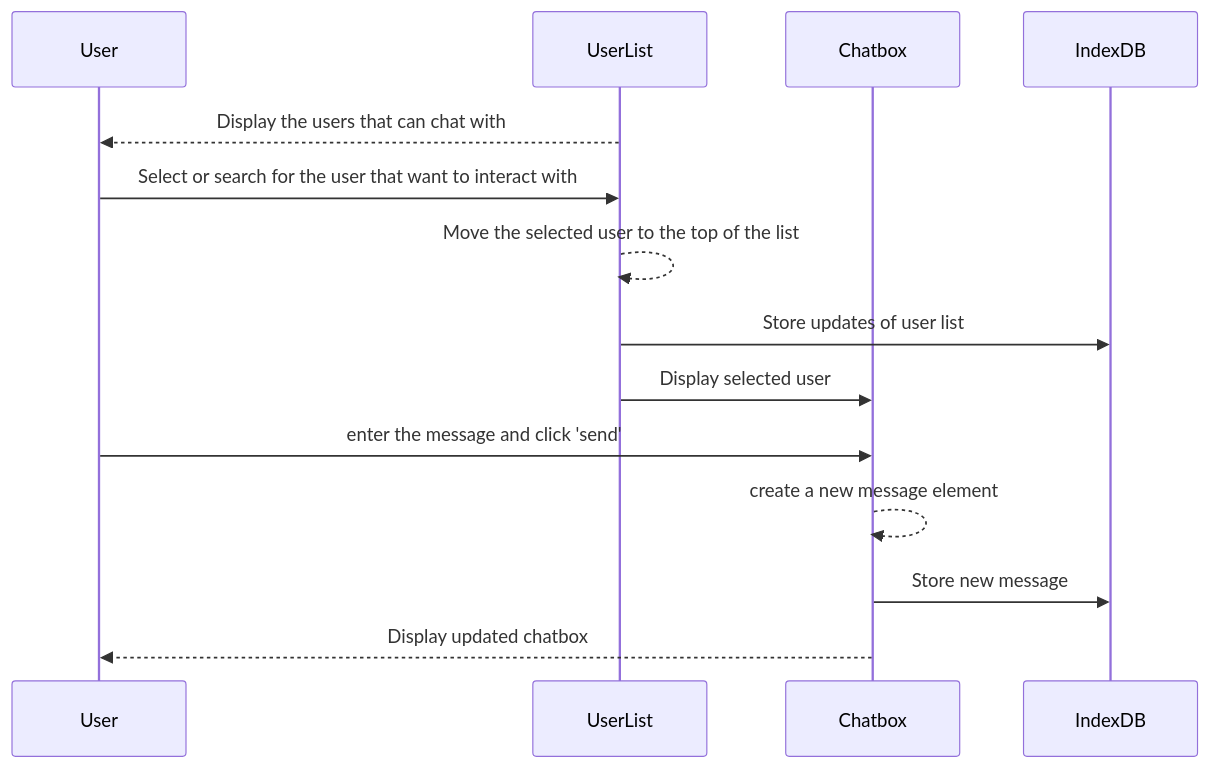
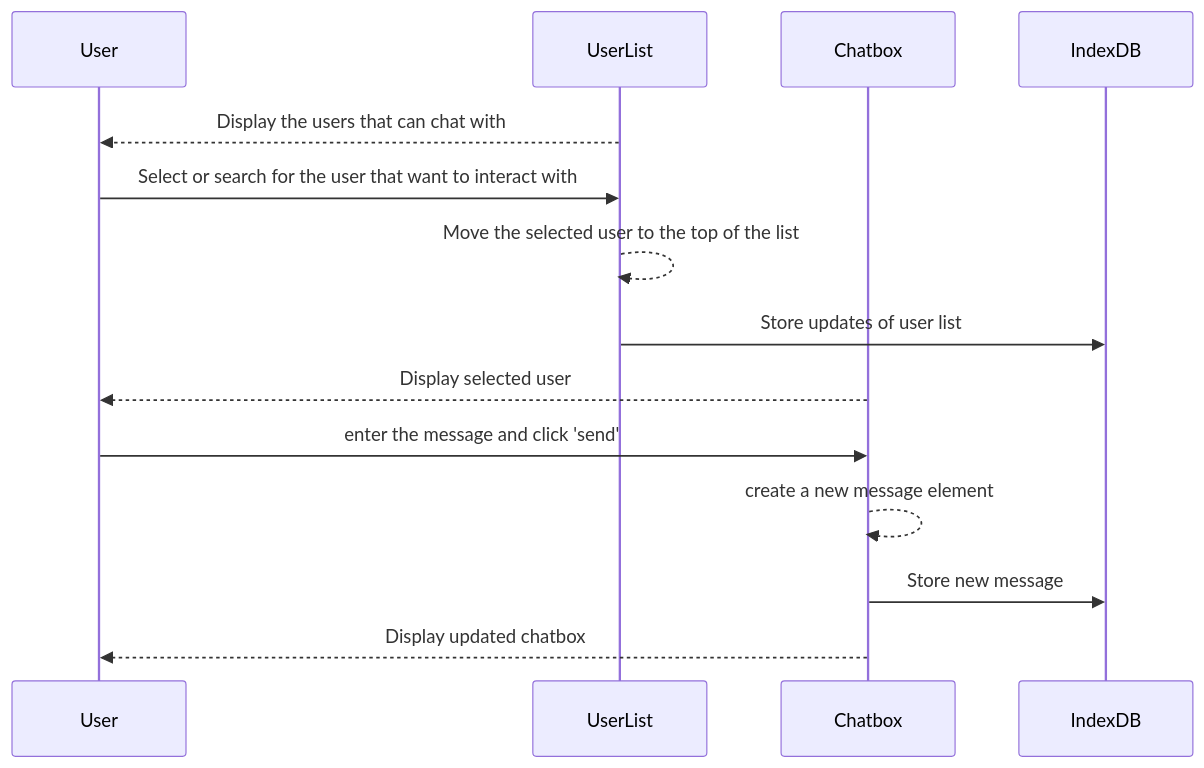
Before and after one commit to ginpks/TRANSPORTATION: the diagram in team/m3/sammie-yu/feature-sequence-diagram.md, drawn with Mermaid.

````diff
--- a/team/m3/sammie-yu/feature-sequence-diagram.md
+++ b/team/m3/sammie-yu/feature-sequence-diagram.md
@@ -4,18 +4,18 @@
 ```mermaid
 sequenceDiagram
     participant User
     participant UserList
     participant Chatbox
     participant IndexDB
 
     UserList -->> User: Display the users that can chat with 
     User ->> UserList: Select or search for the user that want to interact with
     UserList -->> UserList: Move the selected user to the top of the list
     UserList ->> IndexDB: Store updates of user list
-    UserList ->> Chatbox: Display selected user
+    Chatbox -->> User: Display selected user
     User ->> Chatbox: enter the message and click 'send'
     Chatbox -->> Chatbox: create a new message element
     Chatbox ->> IndexDB: Store new message 
     Chatbox -->> User: Display updated chatbox
     
 ```
````
